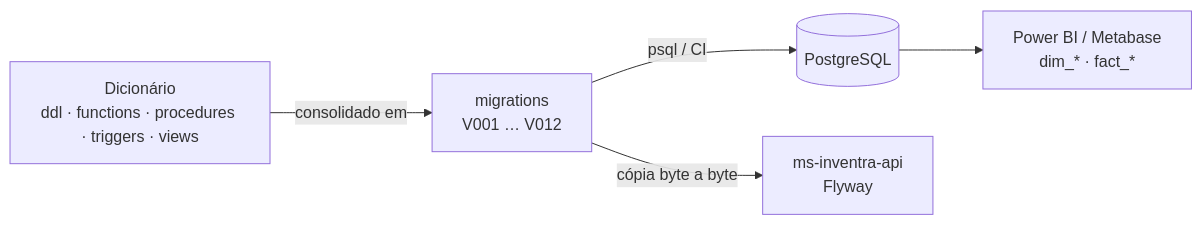
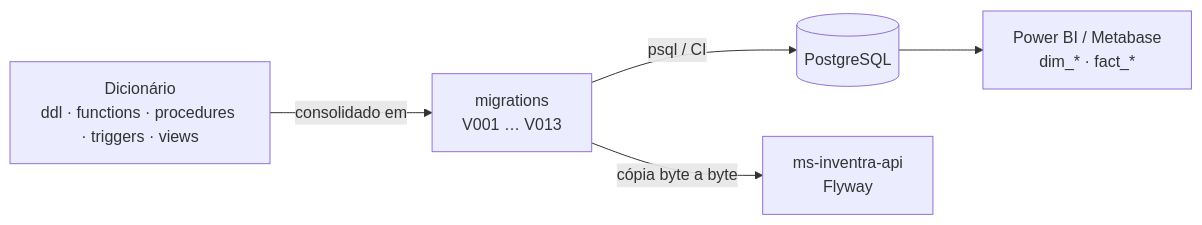
Before and after one commit to InventraTech/inventra-data-modeling-2: the diagram in README.md, drawn with Mermaid. The commit also changed other lines of this file and 6 other files, not shown here.

````diff
--- a/README.md
+++ b/README.md
@@ -45,7 +46,7 @@
 ```mermaid
 flowchart LR
-    D["Dicionário<br/>ddl · functions · procedures · triggers · views"] -->|consolidado em| M["migrations<br/>V001 … V012"]
+    D["Dicionário<br/>ddl · functions · procedures · triggers · views"] -->|consolidado em| M["migrations<br/>V001 … V013"]
     M -->|psql / CI| DB[("PostgreSQL")]
     M -->|cópia byte a byte| API["ms-inventra-api<br/>Flyway"]
     DB --> BI["Power BI / Metabase<br/>dim_* · fact_*"]
 ```
````
